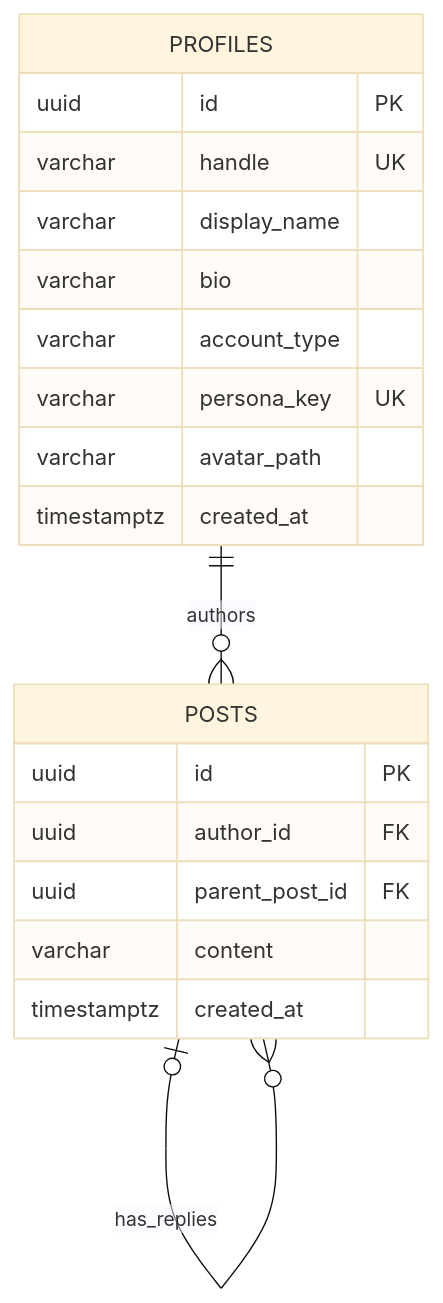
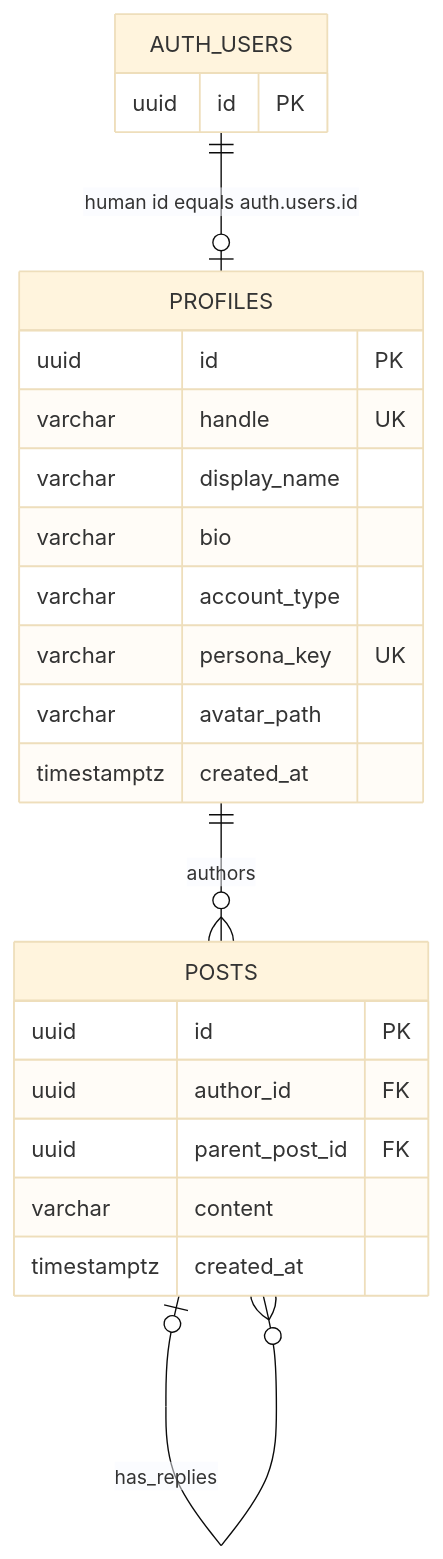
One commit to tomo-hoshino/ai-sns changed the fifth of 6 diagrams in docs/ARCHITECTURE.md. Above: the diagram before and after it, drawn with Mermaid (base theme). The commit also changed other lines of this file and 6 other files, not shown here.

First line of the commit message:
feat(auth): add Auth-profiles link, RLS policies, and Post-MVP docs

````diff
--- a/docs/ARCHITECTURE.md
+++ b/docs/ARCHITECTURE.md
@@ -219,24 +225,29 @@
 ```mermaid
 erDiagram
+    AUTH_USERS ||--o| PROFILES : "human id equals auth.users.id"
     PROFILES ||--o{ POSTS : authors
     POSTS o|--o{ POSTS : has_replies
+
+    AUTH_USERS {
+        uuid id PK
+    }
 
     PROFILES {
         uuid id PK
         varchar handle UK
         varchar display_name
         varchar bio
         varchar account_type
         varchar persona_key UK
         varchar avatar_path
         timestamptz created_at
     }
 
     POSTS {
         uuid id PK
         uuid author_id FK
         uuid parent_post_id FK
         varchar content
         timestamptz created_at
     }
 ```
````
